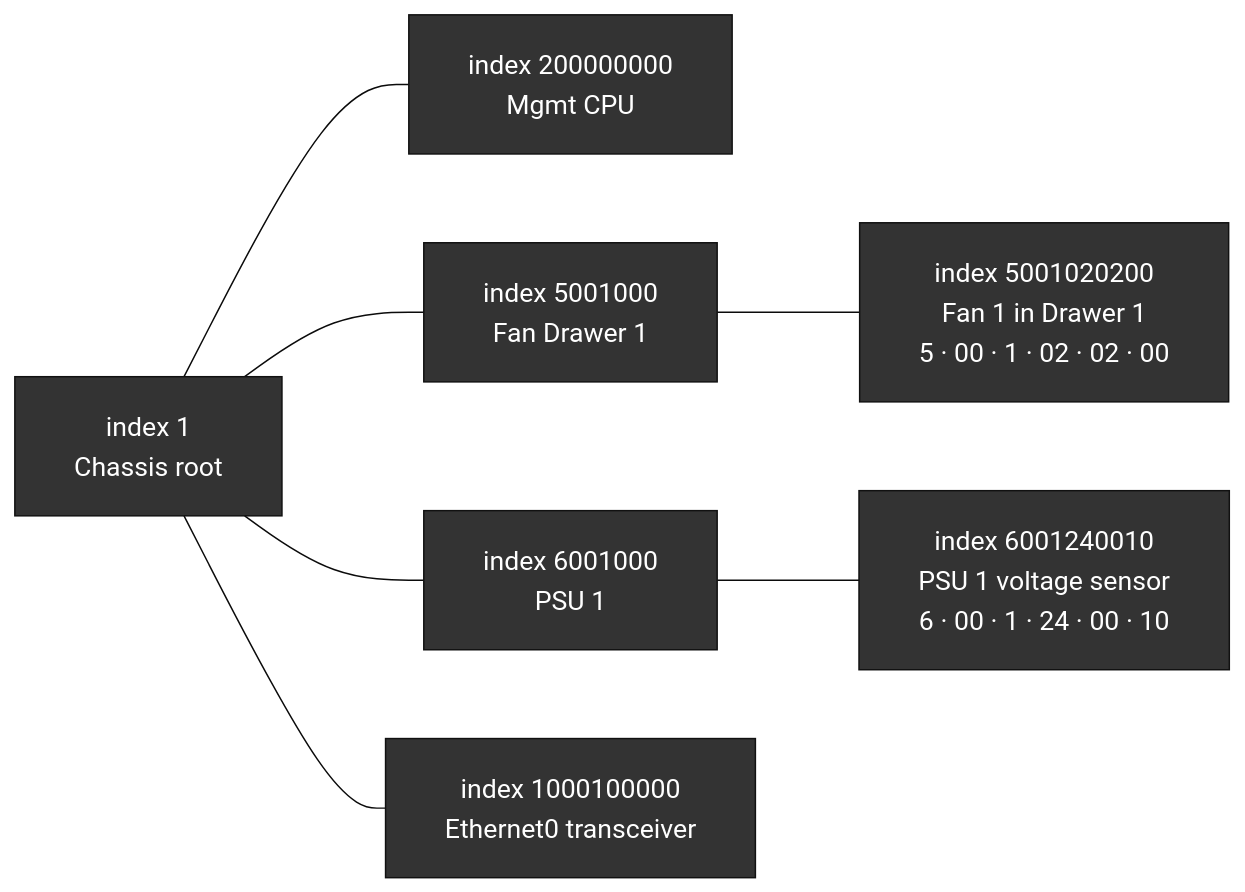
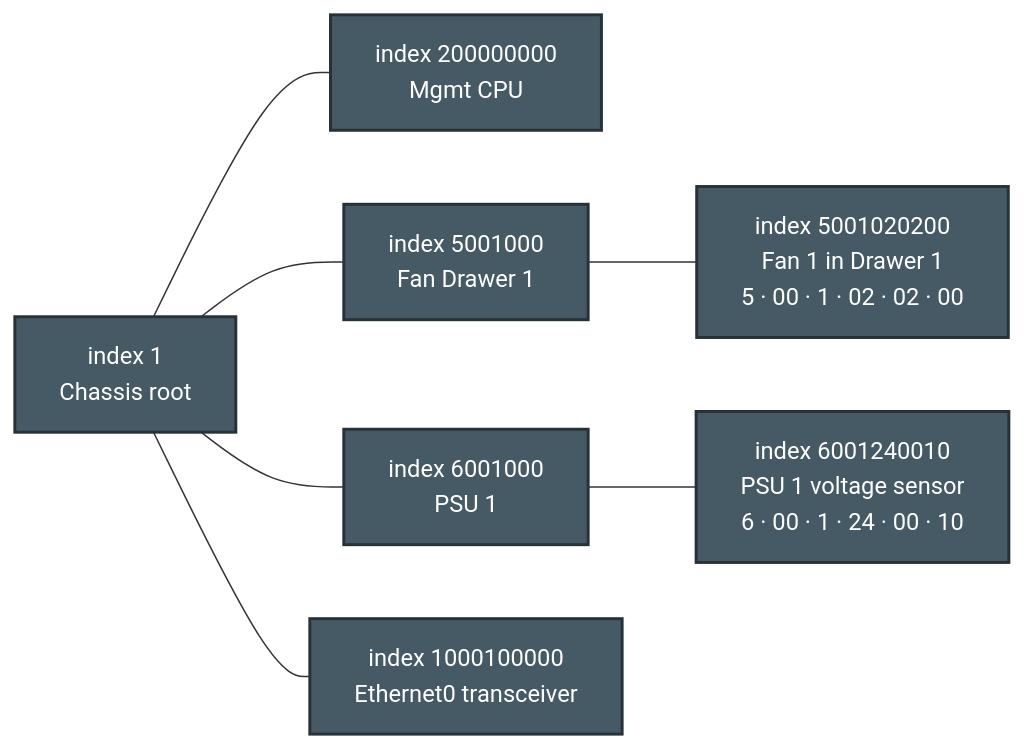
One commit to thongal-upscale/sonic-snmpagent changed diagram 12 of 17 in docs/nms_compliance_gaps.md. Above: the diagram before and after it, drawn with Mermaid. The commit also changed other lines of this file, not shown here.

Commit message:
docs: redesign diagrams with vibrant colors, expand pytest lifecycle, add BGP AgentX container

````diff
--- a/docs/nms_compliance_gaps.md
+++ b/docs/nms_compliance_gaps.md
@@ -762,18 +823,17 @@
 ```mermaid
-%%{init: {'theme': 'base', 'themeVariables': {'fontSize': '18px', 'lineHeight': '1.5'}, 'flowchart': {'nodeSpacing': 60, 'rankSpacing': 70, 'padding': 20}, 'sequence': {'actorFontSize': 18, 'noteFontSize': 17, 'messageFontSize': 17}}}%%
 graph LR
-    classDef idx fill:#333,color:#fff,stroke:#111
+    classDef idx fill:#455A64,color:#fff,stroke:#263238,stroke-width:2px
 
     I1["index  1\nChassis root"]:::idx
     I2["index  200000000\nMgmt CPU"]:::idx
     I3["index  5001000\nFan Drawer 1"]:::idx
     I4["index  5001020200\nFan 1 in Drawer 1\n5 · 00 · 1 · 02 · 02 · 00"]:::idx
     I5["index  6001000\nPSU 1"]:::idx
     I6["index  6001240010\nPSU 1 voltage sensor\n6 · 00 · 1 · 24 · 00 · 10"]:::idx
     I7["index  1000100000\nEthernet0 transceiver"]:::idx
 
     I1 --- I2
     I1 --- I3 --- I4
     I1 --- I5 --- I6
     I1 --- I7
 ```
````
